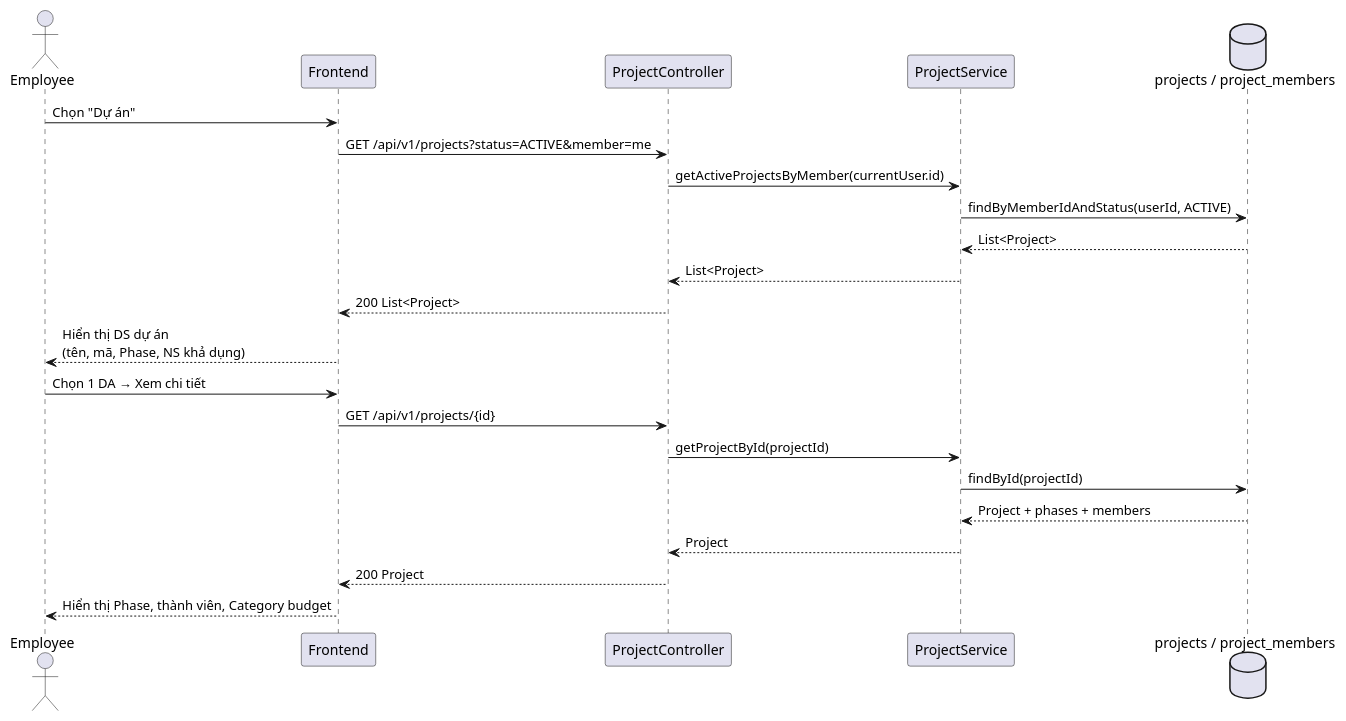
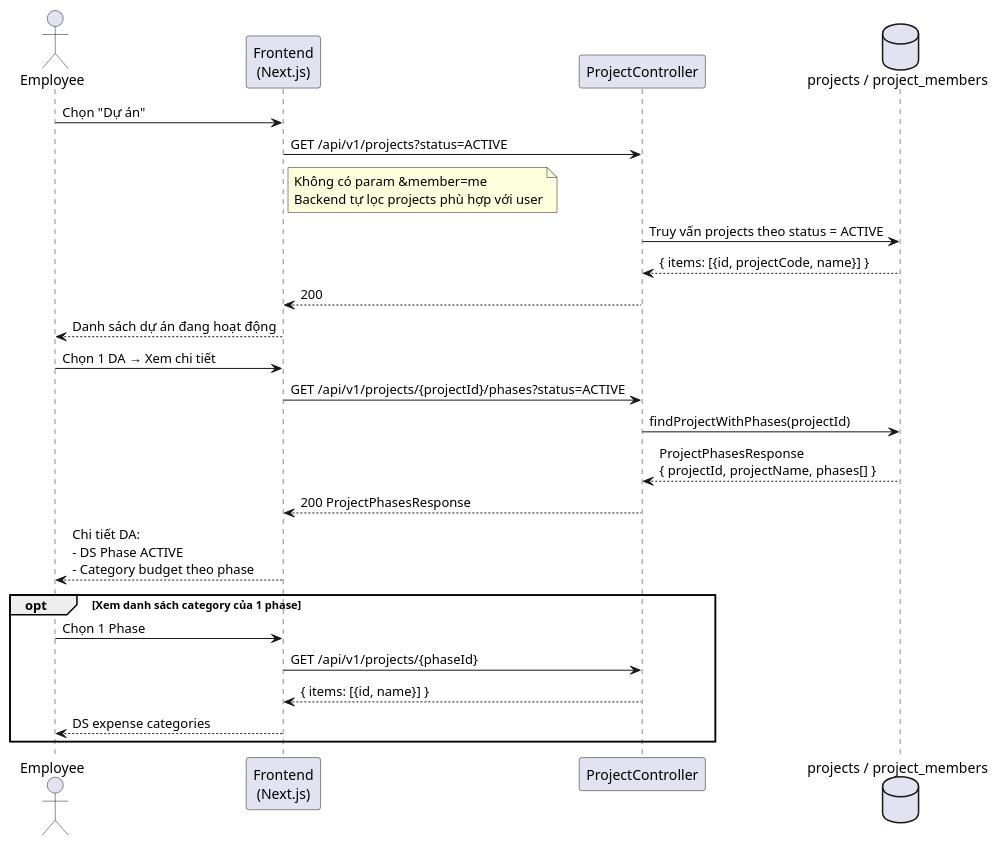
Before and after one commit to Quoosc/INTERNAL_FINANCIAL_CASHFLOW_MANAGEMENT_SYSTEM_USING_INTERNAL_WALLET_MODEL_FRONTEND: the diagram in docs/diagrams/sequence/UC-EMP-02_ViewActiveProjects.puml, drawn with PlantUML. The commit also changed 55 other files, not shown here.

```diff
--- a/docs/diagrams/sequence/UC-EMP-02_ViewActiveProjects.puml
+++ b/docs/diagrams/sequence/UC-EMP-02_ViewActiveProjects.puml
@@ -1,27 +1,33 @@
-@startuml UC-EMP-02: View Active Projects
+@startuml
 
 actor "Employee" as Emp
-participant "Frontend" as FE
+participant "Frontend\n(Next.js)" as FE
 participant "ProjectController" as API
-participant "ProjectService" as Svc
 database "projects / project_members" as DB
 
 Emp -> FE: Chọn "Dự án"
-FE -> API: GET /api/v1/projects?status=ACTIVE&member=me
-API -> Svc: getActiveProjectsByMember(currentUser.id)
-Svc -> DB: findByMemberIdAndStatus(userId, ACTIVE)
-DB --> Svc: List<Project>
-Svc --> API: List<Project>
-API --> FE: 200 List<Project>
-FE --> Emp: Hiển thị DS dự án\n(tên, mã, Phase, NS khả dụng)
+FE -> API: GET /api/v1/projects?status=ACTIVE
+note right of FE
+  Không có param &member=me
+  Backend tự lọc projects phù hợp với user
+end note
+API -> DB: Truy vấn projects theo status = ACTIVE
+DB --> API: { items: [{id, projectCode, name}] }
+API --> FE: 200
+FE --> Emp: Danh sách dự án đang hoạt động
 
 Emp -> FE: Chọn 1 DA → Xem chi tiết
-FE -> API: GET /api/v1/projects/{id}
-API -> Svc: getProjectById(projectId)
-Svc -> DB: findById(projectId)
-DB --> Svc: Project + phases + members
-Svc --> API: Project
-API --> FE: 200 Project
-FE --> Emp: Hiển thị Phase, thành viên, Category budget
+FE -> API: GET /api/v1/projects/{projectId}/phases?status=ACTIVE
+API -> DB: findProjectWithPhases(projectId)
+DB --> API: ProjectPhasesResponse\n{ projectId, projectName, phases[] }
+API --> FE: 200 ProjectPhasesResponse
+FE --> Emp: Chi tiết DA:\n- DS Phase ACTIVE\n- Category budget theo phase
+
+opt Xem danh sách category của 1 phase
+    Emp -> FE: Chọn 1 Phase
+    FE -> API: GET /api/v1/projects/{phaseId}
+    API --> FE: { items: [{id, name}] }
+    FE --> Emp: DS expense categories
+end
 
 @enduml
```
